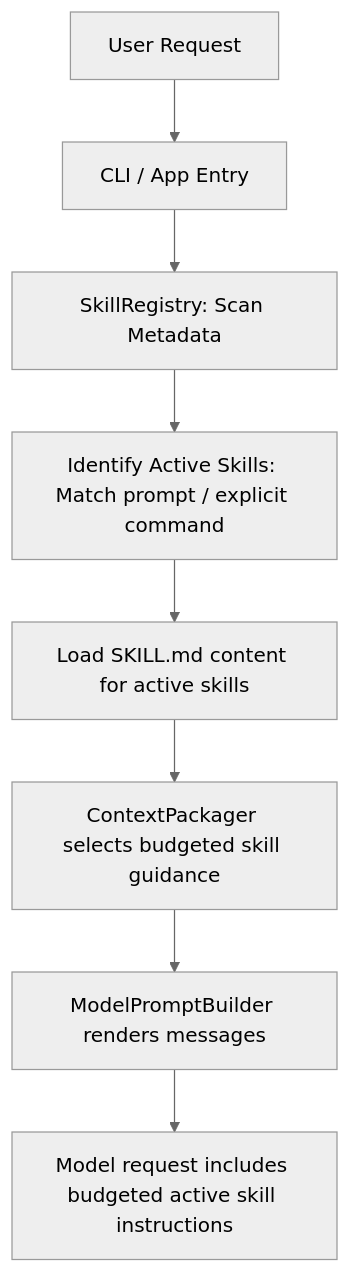
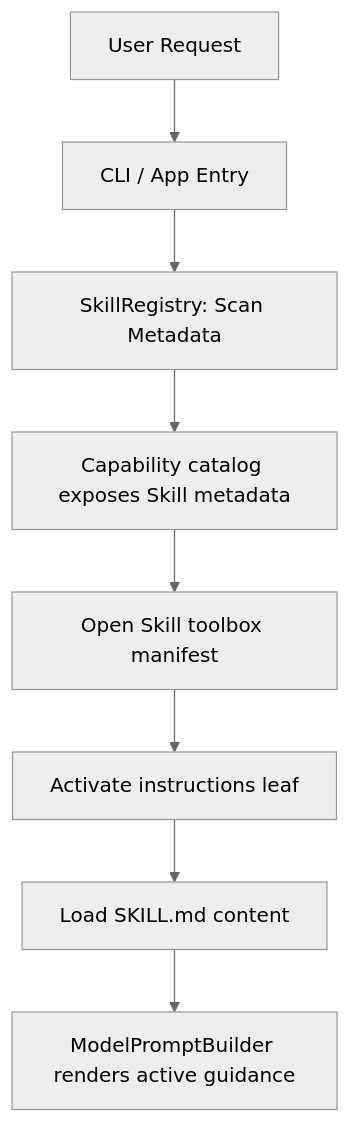
The diagram in docs/skill-system.md (yuanchangsai77/testcode), drawn with Mermaid (neutral theme) before and after one commit. The commit also changed other lines of this file and 10 other files, not shown here.

````diff
--- a/docs/skill-system.md
+++ b/docs/skill-system.md
@@ -75,10 +75,10 @@
 ```mermaid
 graph TD
     A[User Request] --> B[CLI / App Entry]
     B --> C[SkillRegistry: Scan Metadata]
-    C --> D[Identify Active Skills: Match prompt / explicit command]
-    D --> E[Load SKILL.md content for active skills]
-    E --> F[ContextPackager selects budgeted skill guidance]
-    F --> G[ModelPromptBuilder renders messages]
-    G --> H[Model request includes budgeted active skill instructions]
+    C --> D[Capability catalog exposes Skill metadata]
+    D --> E[Open Skill toolbox manifest]
+    E --> F[Activate instructions leaf]
+    F --> G[Load SKILL.md content]
+    G --> H[ModelPromptBuilder renders active guidance]
 ```
````
